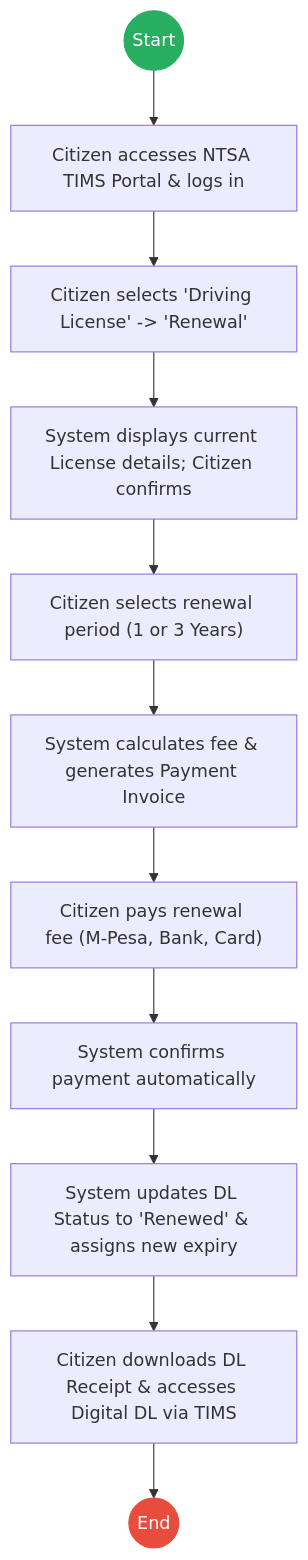
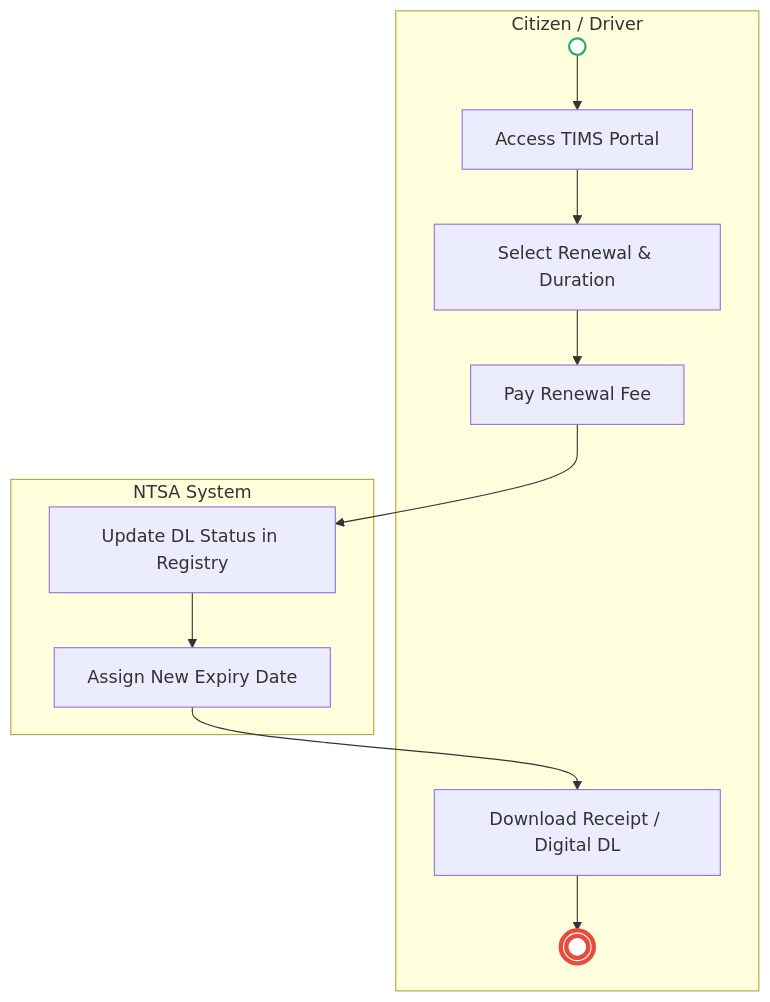
One commit to BITZ-IT-Consulting-LTD/ictapoc changed the first of 2 diagrams in mdas/docs_final/NATIONAL_TRANSPORT_AND_SAFETY_AUTHORITY_NTSA____Driving_License_Renewal.md. Above: the diagram before and after it, drawn with Mermaid. The commit also changed other lines of this file and 13 other files, not shown here.

````diff
--- a/mdas/docs_final/NATIONAL_TRANSPORT_AND_SAFETY_AUTHORITY_NTSA____Driving_License_Renewal.md
+++ b/mdas/docs_final/NATIONAL_TRANSPORT_AND_SAFETY_AUTHORITY_NTSA____Driving_License_Renewal.md
@@ -20,18 +18,18 @@
 ```mermaid
-graph TD
-    Start((Start)) --> S1
-    S1["Citizen accesses NTSA TIMS Portal & logs in"] --> S2
-    S2["Citizen selects 'Driving License' -> 'Renewal'"] --> S3
-    S3["System displays current License details; Citizen confirms"] --> S4
-    S4["Citizen selects renewal period (1 or 3 Years)"] --> S5
-    S5["System calculates fee & generates Payment Invoice"] --> S6
-    S6["Citizen pays renewal fee (M-Pesa, Bank, Card)"] --> S7
-    S7["System confirms payment automatically"] --> S8
-    S8["System updates DL Status to 'Renewed' & assigns new expiry"] --> S9
-    S9["Citizen downloads DL Receipt & accesses Digital DL via TIMS"] --> End((End))
+flowchart TD
+    subgraph Citizen["Citizen / Driver"]
+        Start(( )) --> A1[Access TIMS Portal]
+        A1 --> A2[Select Renewal & Duration]
+        A2 --> A3[Pay Renewal Fee]
+        A4[Download Receipt / Digital DL] --> End((( )))
+    end
 
-    classDef start fill:#27ae60,stroke:#27ae60,color:#fff;
-    classDef endNode fill:#e74c3c,stroke:#e74c3c,color:#fff;
-    class Start start;
-    class End endNode;
+    subgraph NTSA["NTSA System"]
+        A3 --> B1[Update DL Status in Registry]
+        B1 --> B2[Assign New Expiry Date]
+        B2 --> A4
+    end
+
+    style Start fill:#fff,stroke:#27ae60,stroke-width:2px
+    style End fill:#fff,stroke:#e74c3c,stroke-width:4px
 ```
````
